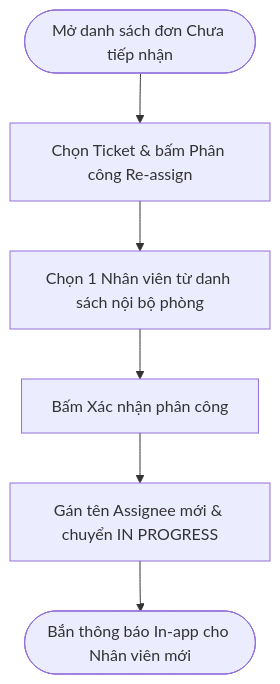
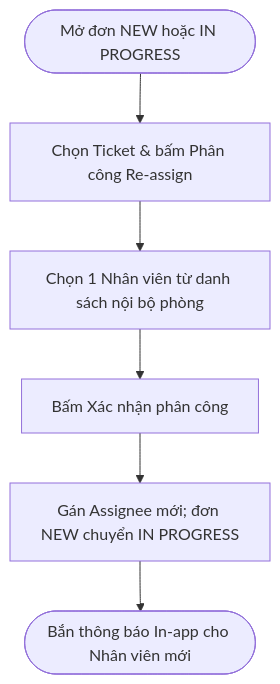
The second of 6 diagrams in docs/workflows/04-quy-trinh-quan-ly.md (IvyPear/UniSupport), drawn with Mermaid before and after one commit. The commit also changed other lines of this file and 38 other files, not shown here.

````diff
--- a/docs/workflows/04-quy-trinh-quan-ly.md
+++ b/docs/workflows/04-quy-trinh-quan-ly.md
@@ -41,8 +41,8 @@
 ```mermaid
 graph TD
-    A([Mở danh sách đơn Chưa tiếp nhận]) --> B[Chọn Ticket & bấm Phân công Re-assign]
+    A([Mở đơn NEW hoặc IN PROGRESS]) --> B[Chọn Ticket & bấm Phân công Re-assign]
     B --> C[Chọn 1 Nhân viên từ danh sách nội bộ phòng]
     C --> D[Bấm Xác nhận phân công]
-    D --> E[Gán tên Assignee mới & chuyển IN PROGRESS]
+    D --> E[Gán Assignee mới; đơn NEW chuyển IN PROGRESS]
     E --> F([Bắn thông báo In-app cho Nhân viên mới])
 ```
````
